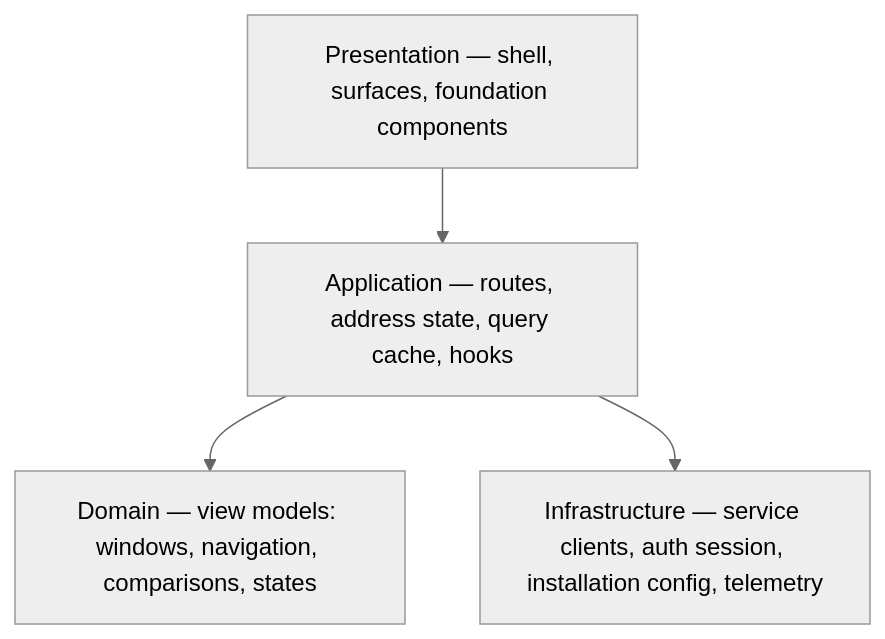
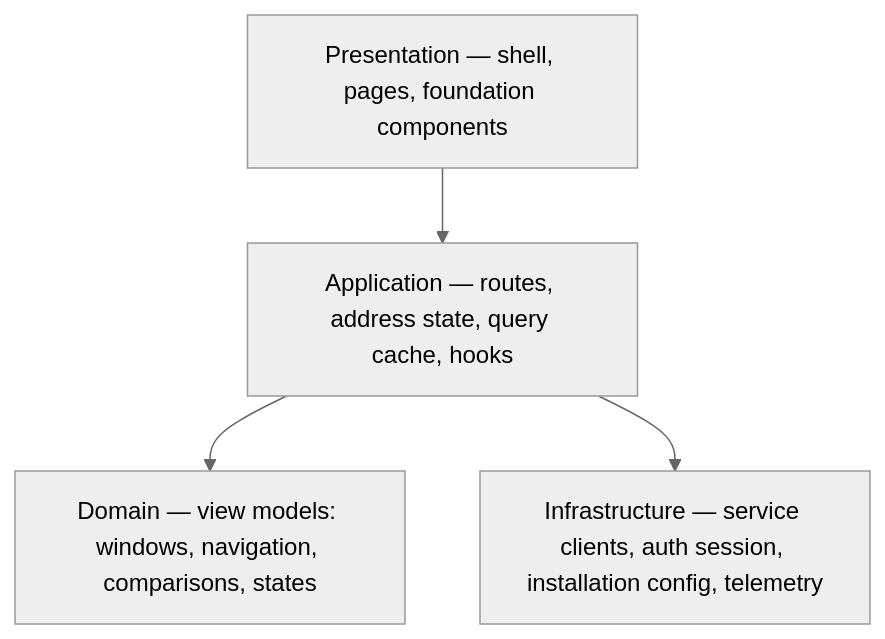
The first of 5 diagrams in docs/components/frontend/specs/DESIGN.md (constructorfabric/insight), drawn with Mermaid (neutral theme) before and after one commit. The commit also changed other lines of this file and 2 other files, not shown here.

````diff
--- a/docs/components/frontend/specs/DESIGN.md
+++ b/docs/components/frontend/specs/DESIGN.md
@@ -95,9 +97,9 @@
 ```mermaid
 flowchart TB
-  P["Presentation — shell, surfaces, foundation components"]
+  P["Presentation — shell, pages, foundation components"]
   A["Application — routes, address state, query cache, hooks"]
   D["Domain — view models: windows, navigation, comparisons, states"]
   I["Infrastructure — service clients, auth session, installation config, telemetry"]
   P --> A --> D
   A --> I
 ```
````
